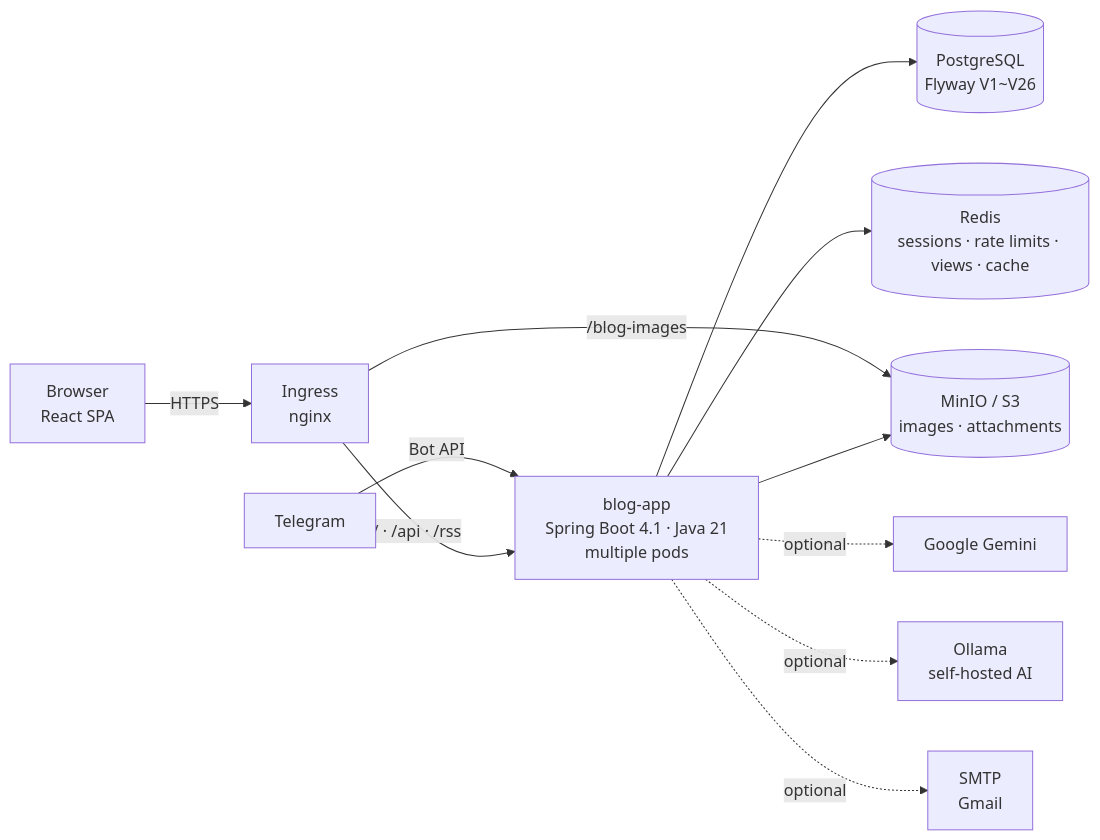
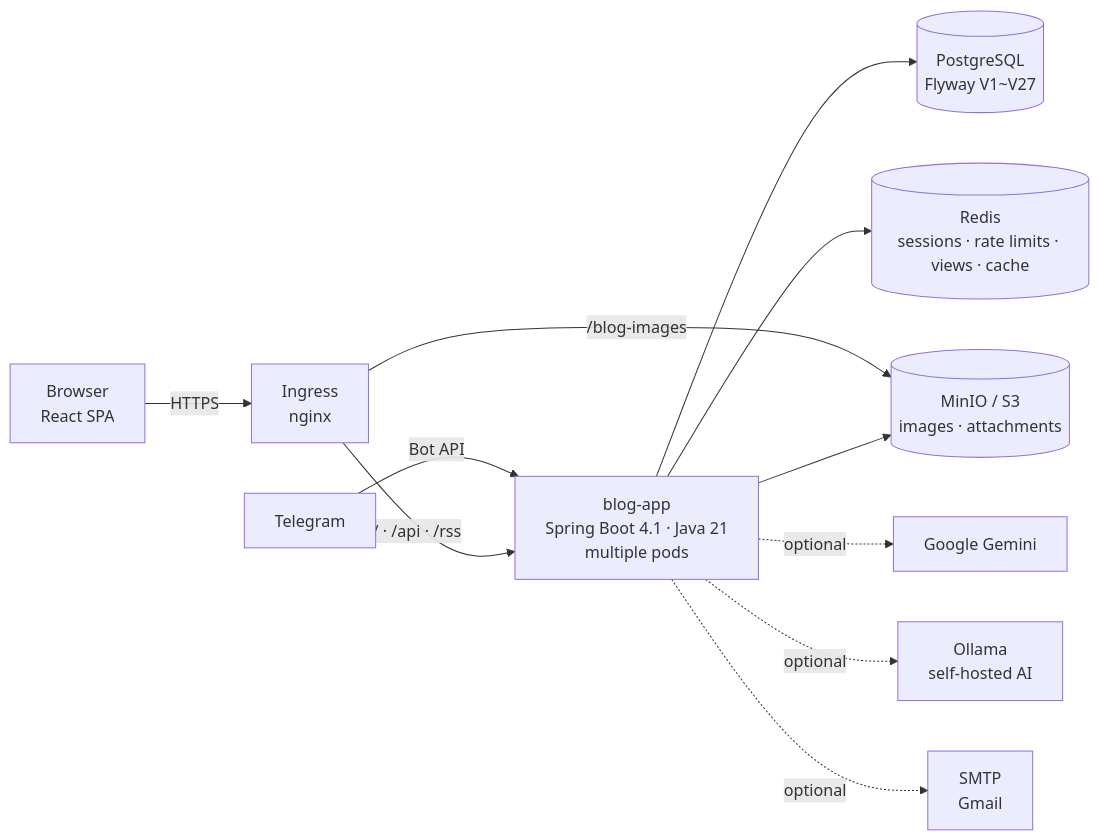
Before and after one commit to AIGJ-01-002-blog/Devlog: the first of 3 diagrams in README.en.md, drawn with Mermaid. The commit also changed other lines of this file and 34 other files, not shown here.

````diff
--- a/README.en.md
+++ b/README.en.md
@@ -151,13 +151,13 @@
 ```mermaid
 flowchart LR
     B[Browser<br/>React SPA] -->|HTTPS| I[Ingress<br/>nginx]
     T[Telegram] -->|Bot API| A
     I -->|/ · /api · /rss| A[blog-app<br/>Spring Boot 4.1 · Java 21<br/>multiple pods]
     I -->|/blog-images| M[(MinIO / S3<br/>images · attachments)]
-    A --> P[(PostgreSQL<br/>Flyway V1~V26)]
+    A --> P[(PostgreSQL<br/>Flyway V1~V27)]
     A --> R[(Redis<br/>sessions · rate limits · views · cache)]
     A --> M
     A -.optional.-> G[Google Gemini]
     A -.optional.-> O[Ollama<br/>self-hosted AI]
     A -.optional.-> S[SMTP<br/>Gmail]
 ```
````
